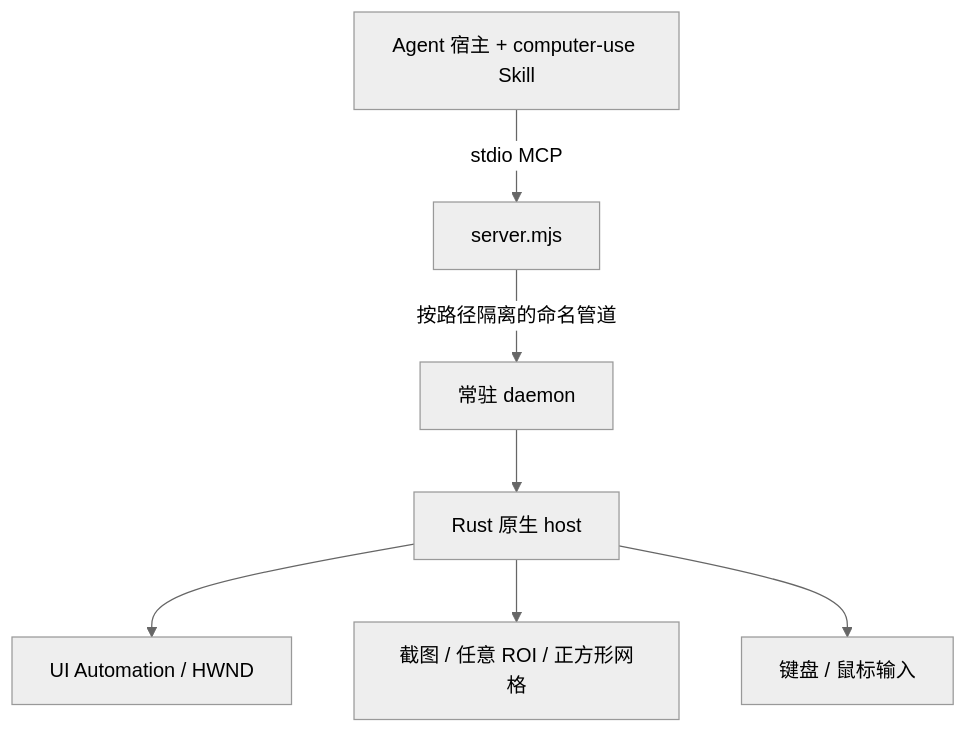
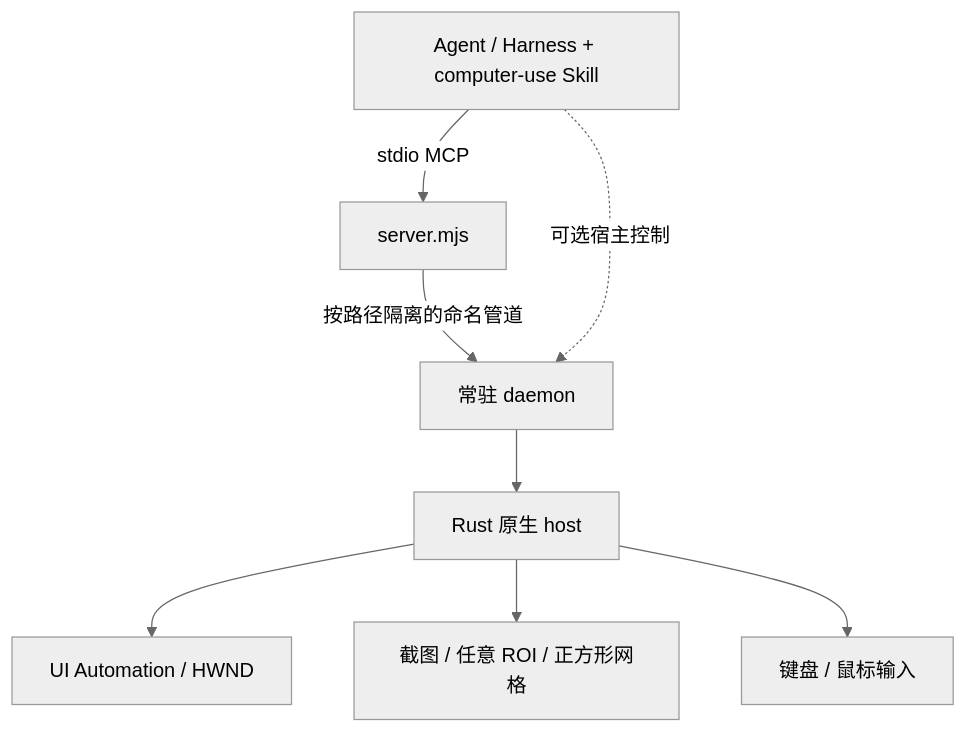
One commit to Guojiz/FastCUA changed the diagram in README_zh.md. Above: the diagram before and after it, drawn with Mermaid (neutral theme). The commit also changed other lines of this file, not shown here.

Commit message:
docs: clarify headless host-neutral FastCUA architecture

````diff
--- a/README_zh.md
+++ b/README_zh.md
@@ -307,9 +341,10 @@
 ```mermaid
 flowchart TB
-  A["Agent 宿主 + computer-use Skill"] -->|"stdio MCP"| B["server.mjs"]
+  A["Agent / Harness + computer-use Skill"] -->|"stdio MCP"| B["server.mjs"]
   B -->|"按路径隔离的命名管道"| C["常驻 daemon"]
   C --> D["Rust 原生 host"]
   D --> E["UI Automation / HWND"]
   D --> F["截图 / 任意 ROI / 正方形网格"]
   D --> G["键盘 / 鼠标输入"]
+  A -. 可选宿主控制 .-> C
 ```
````
